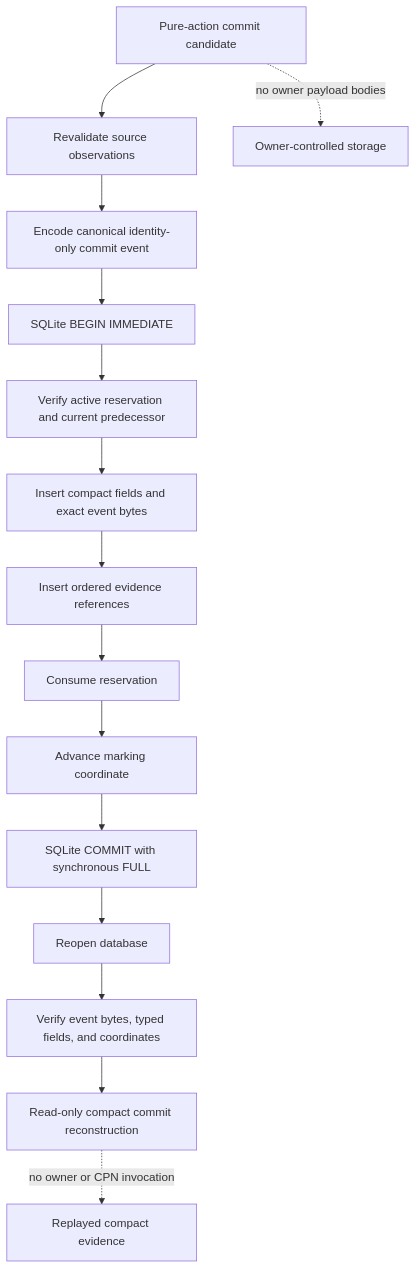
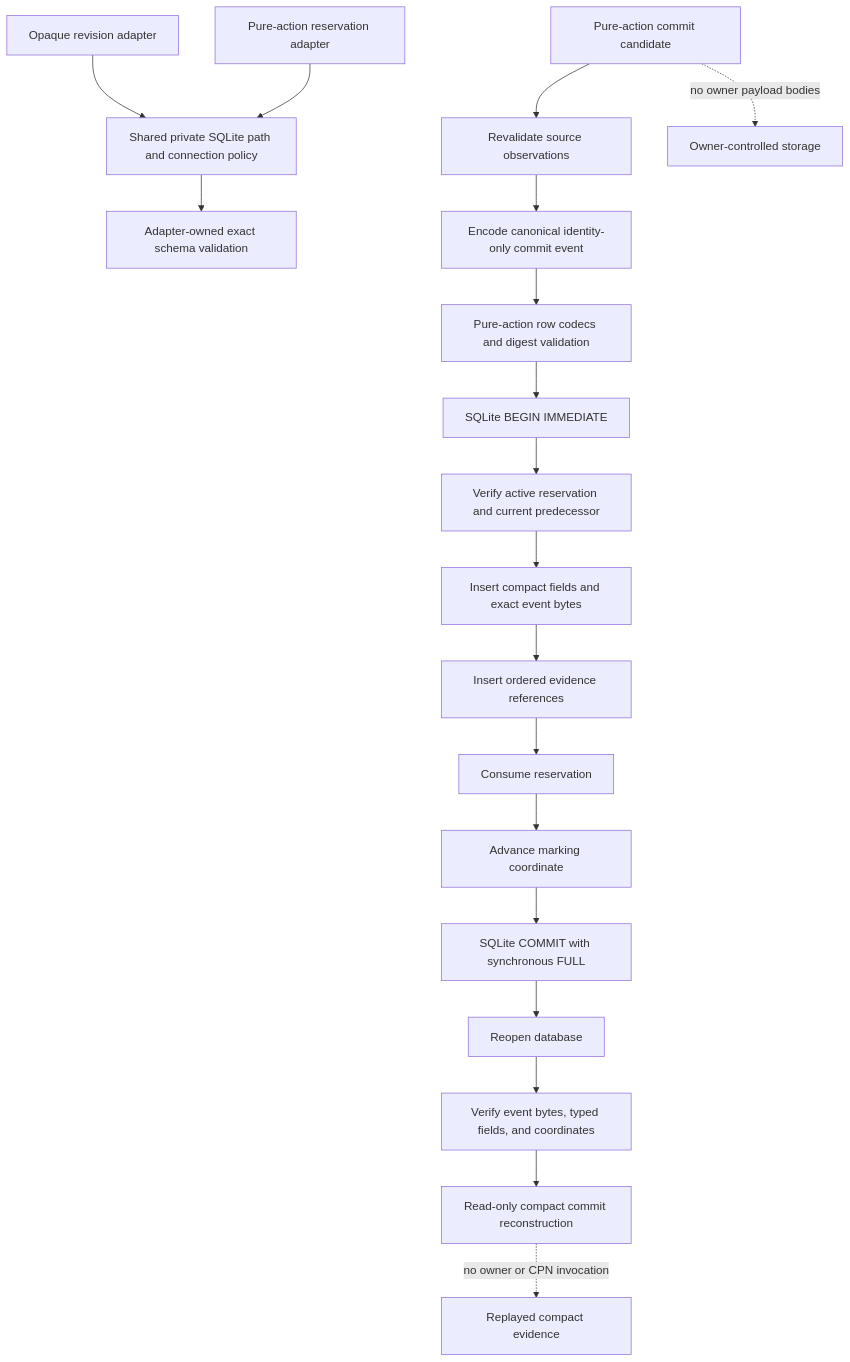
The diagram in docs/architecture/projectkoios/workflow/persistence/schematic.md (eragasa/projectkoios-workflow), drawn with Mermaid before and after one commit. The commit also changed other lines of this file and 14 other files, not shown here.

````diff
--- a/docs/architecture/projectkoios/workflow/persistence/schematic.md
+++ b/docs/architecture/projectkoios/workflow/persistence/schematic.md
@@ -5,19 +5,25 @@
 ```mermaid
 flowchart TD
+    Private[Shared private SQLite path and connection policy]
+    Revision[Opaque revision adapter] --> Private
+    Pure[Pure-action reservation adapter] --> Private
+    Private --> Schema[Adapter-owned exact schema validation]
+
     Command[Pure-action commit candidate] --> Revalidate[Revalidate source observations]
     Revalidate --> Encode[Encode canonical identity-only commit event]
-    Encode --> Tx[SQLite BEGIN IMMEDIATE]
+    Encode --> Rows[Pure-action row codecs and digest validation]
+    Rows --> Tx[SQLite BEGIN IMMEDIATE]
     Tx --> Check[Verify active reservation and current predecessor]
     Check --> Commit[Insert compact fields and exact event bytes]
     Commit --> References[Insert ordered evidence references]
     References --> Consume[Consume reservation]
     Consume --> Advance[Advance marking coordinate]
     Advance --> Durable[SQLite COMMIT with synchronous FULL]
 
     Durable --> Reopen[Reopen database]
     Reopen --> Inspect[Verify event bytes, typed fields, and coordinates]
     Inspect --> Replay[Read-only compact commit reconstruction]
 
     Command -. no owner payload bodies .-> Outside[Owner-controlled storage]
     Replay -. no owner or CPN invocation .-> Done[Replayed compact evidence]
 ```
````
